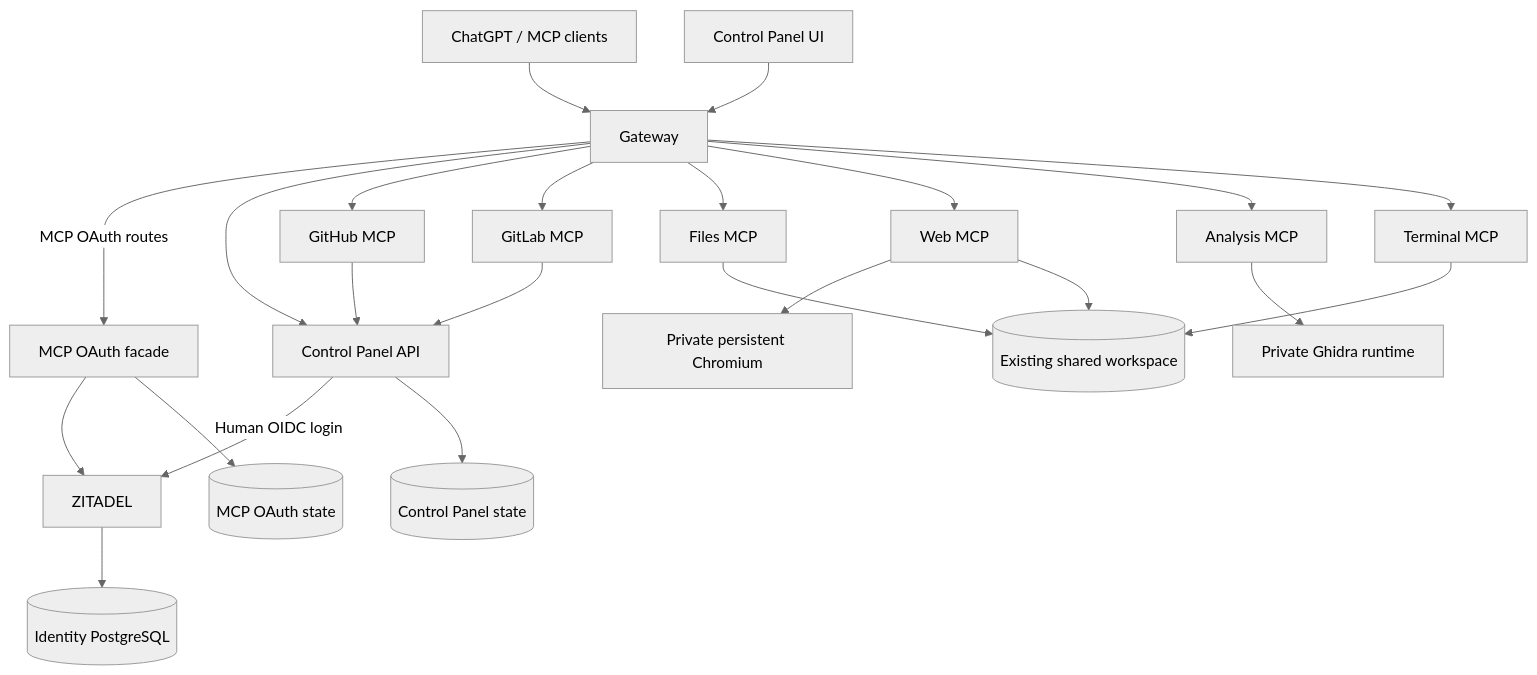
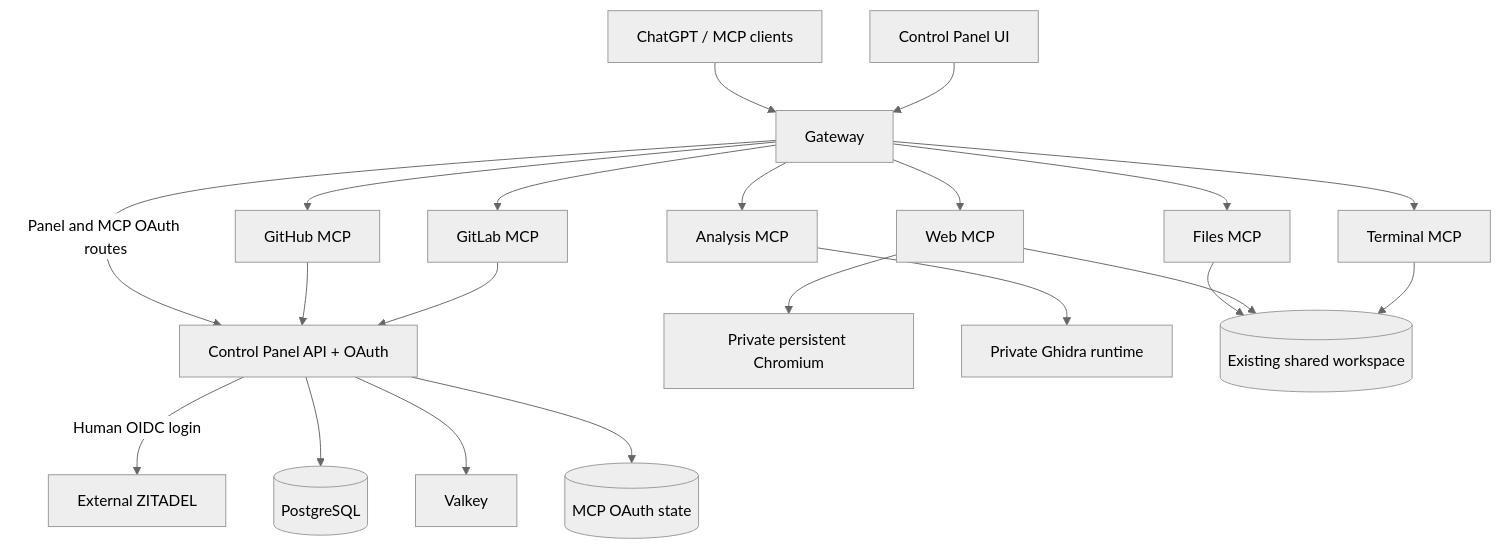
One commit to KobaProduction/Briareus changed the diagram in docs/architecture/overview.md. Above: the diagram before and after it, drawn with Mermaid (neutral theme). The commit also changed other lines of this file and 126 other files, not shown here.

First line of the commit message:
feat(v1): prepare clean Briareus deployment and schema migrations

````diff
--- a/docs/architecture/overview.md
+++ b/docs/architecture/overview.md
@@ -18,25 +18,23 @@
 ```mermaid
 flowchart TB
     Client[ChatGPT / MCP clients] --> GW[Gateway]
     Browser[Control Panel UI] --> GW
-    GW -->|MCP OAuth routes| AU[MCP OAuth facade]
-    AU --> ID[ZITADEL]
-    GW --> CP[Control Panel API]
-    CP -->|Human OIDC login| ID
+    GW -->|Panel and MCP OAuth routes| CP[Control Panel API + OAuth]
+    CP -->|Human OIDC login| ID[External ZITADEL]
     GW --> GH[GitHub MCP]
     GW --> GL[GitLab MCP]
     GW --> FI[Files MCP]
     GW --> WEB[Web MCP]
     GW --> AN[Analysis MCP]
     GW --> TE[Terminal MCP]
     WEB --> CDP[Private persistent Chromium]
     AN --> GD[Private Ghidra runtime]
     GH --> CP
     GL --> CP
-    CP --> STATE[(Control Panel state)]
-    AU --> OAUTH[(MCP OAuth state)]
-    ID --> DB[(Identity PostgreSQL)]
+    CP --> STATE[(PostgreSQL)]
+    CP --> CACHE[Valkey]
+    CP --> OAUTH[(MCP OAuth state)]
     FI --> WS[(Existing shared workspace)]
     WEB --> WS
     TE --> WS
 ```
````
